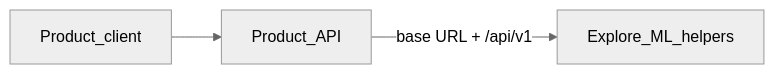
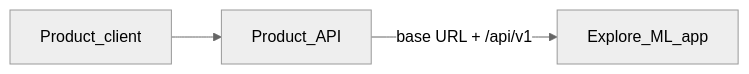
Before and after one commit to felixzhu97/explore-ml: the first of 2 diagrams in docs/user-guide/README.md, drawn with Mermaid (neutral theme). The commit also changed other lines of this file and 22 other files, not shown here.

````diff
--- a/docs/user-guide/README.md
+++ b/docs/user-guide/README.md
@@ -18,8 +14,8 @@
 ```mermaid
 flowchart LR
   Client[Product_client]
   API[Product_API]
-  ML[Explore_ML_helpers]
+  ML[Explore_ML_app]
   Client --> API
   API -->|"base URL + /api/v1"| ML
 ```
````
